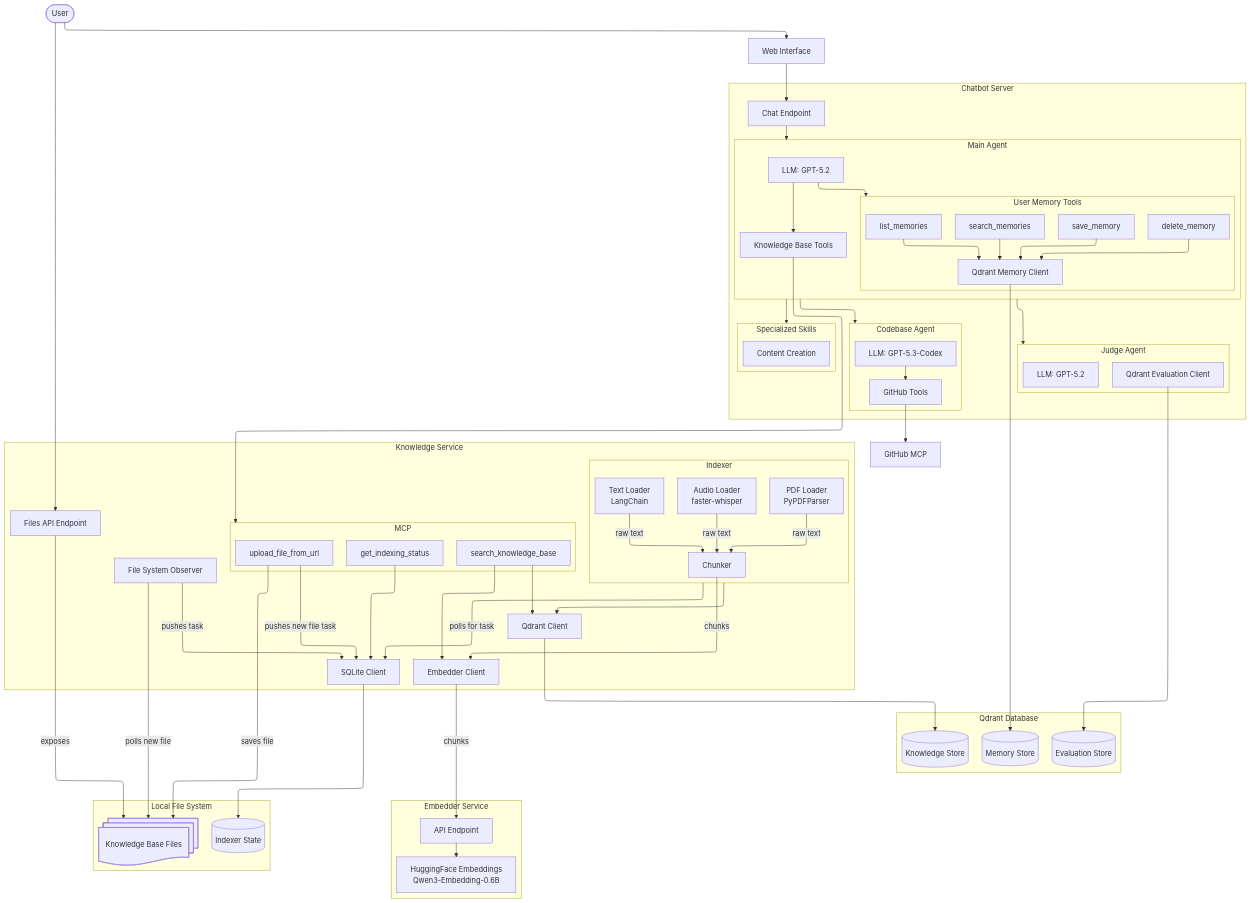
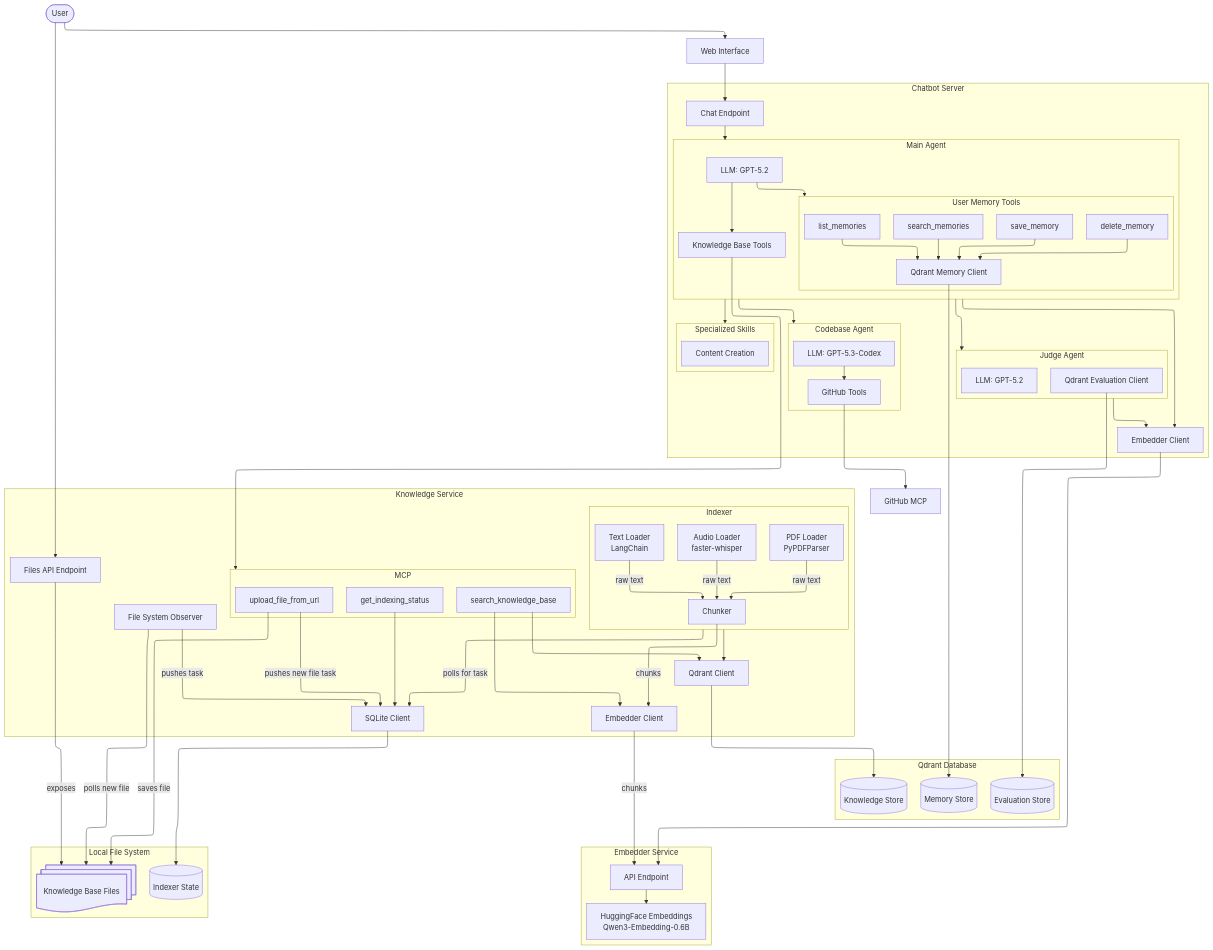
Before and after one commit to Anddrrew/ai_academy_capstone: the diagram in docs/architecture.mmd, drawn with Mermaid. The commit also changed 2 other files, not shown here.

Commit message:
upd: diagram

```diff
--- a/docs/architecture.mmd
+++ b/docs/architecture.mmd
@@ -1,113 +1,117 @@
 ---
 config:
   layout: elk
   theme: default
 ---
 flowchart TB
   user([User])
   user --> web_ui
   web_ui[Web Interface]
   web_ui --> chat_endpoint
 
   subgraph chatbot["Chatbot Server"]
         chat_endpoint[Chat Endpoint]
         subgraph main_agent["Main Agent"]
             main_llm[LLM: GPT-5.2]
             subgraph mem_tools["User Memory Tools"]
                 mem_search[search_memories]
                 mem_save[save_memory]
                 mem_delete[delete_memory]
                 mem_list[list_memories]
                 mem_qdrant[Qdrant Memory Client]
                 mem_search --> mem_qdrant
                 mem_save --> mem_qdrant
                 mem_delete --> mem_qdrant
                 mem_list --> mem_qdrant
             end
             kb_tools[Knowledge Base Tools]
             main_llm --> kb_tools
             main_llm --> mem_tools
         end
         subgraph research_agent["Codebase Agent"]
             research_llm[LLM: GPT-5.3-Codex]
             github_tools[GitHub Tools]
             research_llm --> github_tools
         end
         subgraph judge_agent["Judge Agent"]
             judge_llm[LLM: GPT-5.2]
             judge_qdrant[Qdrant Evaluation Client]
         end
         subgraph skills["Specialized Skills"]
             content_creation[Content Creation]
         end
         chat_endpoint --> main_agent
         main_agent --> research_agent
         main_agent --> judge_agent
         main_agent --> skills
+        chat_embeddings[Embedder Client]
+        main_agent --> chat_embeddings
+        judge_agent --> chat_embeddings
   end
   subgraph kb["Knowledge Service"]
     kb_observer[File System Observer]
     kb_embed_client[Embedder Client]
     kb_qdrant[Qdrant Client]
     kb_sqlite[SQLite Client]
     subgraph kb_indexer["Indexer"]
         kb_chunker[Chunker]
         kb_pdf_loader[PDF Loader<br/>PyPDFParser]
         kb_audio_loader[Audio Loader<br/>faster-whisper]
         kb_text_loader[Text Loader<br/>LangChain ]
         kb_pdf_loader --> |raw text| kb_chunker
         kb_audio_loader --> |raw text| kb_chunker
         kb_text_loader --> |raw text| kb_chunker
     end
         kb_files_endpoint[Files API Endpoint]
     
         subgraph kb_mcp["MCP"]
             kb_mcp_search[search_knowledge_base]
             kb_mcp_status[get_indexing_status]
             kb_mcp_upload[upload_file_from_url]
         end
     kb_chunker --> |chunks| kb_embed_client
     kb_indexer --> kb_qdrant
     kb_mcp_search --> kb_embed_client
     kb_mcp_search --> kb_qdrant
     kb_mcp_status --> kb_sqlite
 
     kb_observer --> |pushes task| kb_sqlite
     kb_indexer -->|polls for task| kb_sqlite
 
     kb_mcp_upload --> |pushes new file task| kb_sqlite
 
   end
   subgraph embedder["Embedder Service"]
     direction TB
     embed_model["HuggingFace Embeddings<br/>Qwen3-Embedding-0.6B"]
     embed_api["API Endpoint"]
     embed_api --> embed_model
   end
   subgraph qdrant["Qdrant Database"]
     direction TB
     qdrant_knowledge[(Knowledge Store)]
     qdrant_evaluation[(Evaluation Store)]
     qdrant_memory[(Memory Store)]
   end
   subgraph fs["Local File System"]
     fs_docs["Knowledge Base Files"]
     fs_state[(Indexer State)]
   end
 
 
   github_mcp[GitHub MCP]
   kb_observer -->|polls new file| fs_docs
   kb_tools --> kb_mcp
   mem_qdrant --> qdrant_memory
   judge_qdrant --> qdrant_evaluation
   github_tools --> github_mcp
 
+  chat_embeddings --> embed_api
   kb_embed_client --> |chunks| embed_api
   kb_qdrant --> qdrant_knowledge
   kb_sqlite --> fs_state
 
 
   user --> kb_files_endpoint --> |exposes| fs_docs
   kb_mcp_upload --> |saves file| fs_docs
   fs_docs@{ shape: docs}
```
